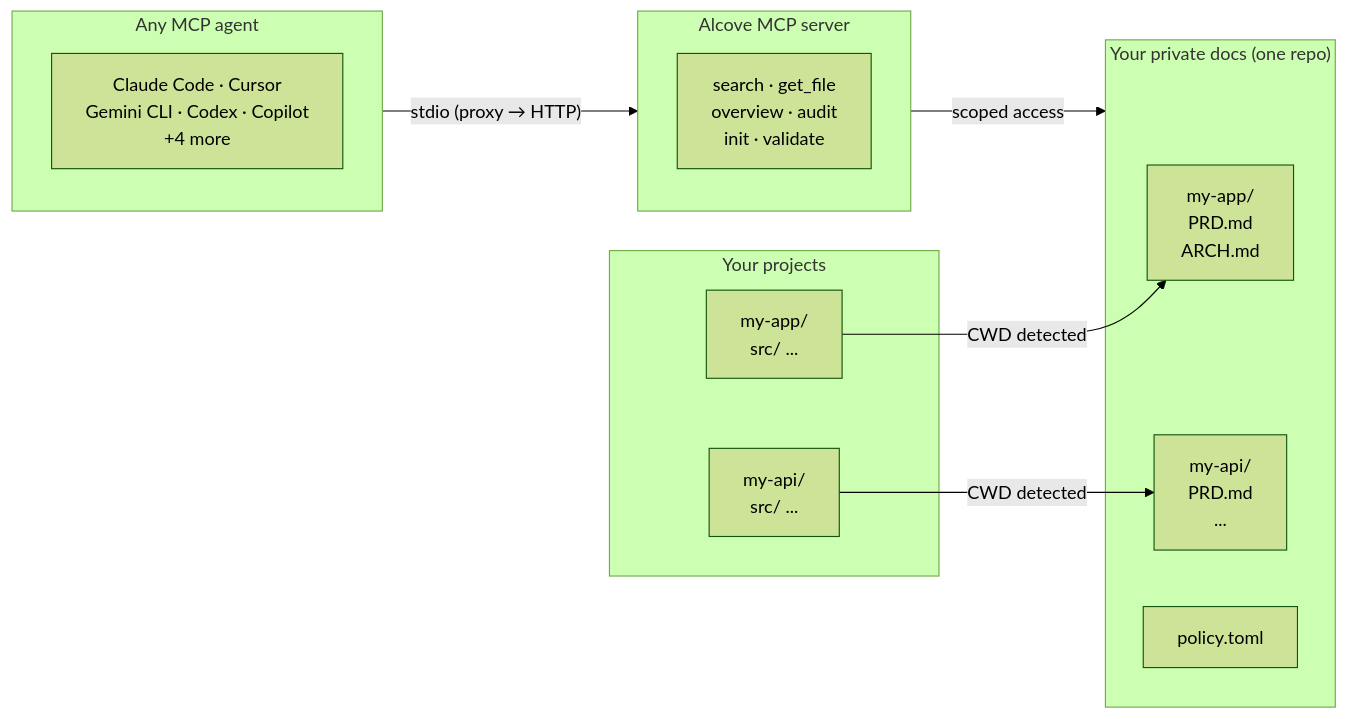
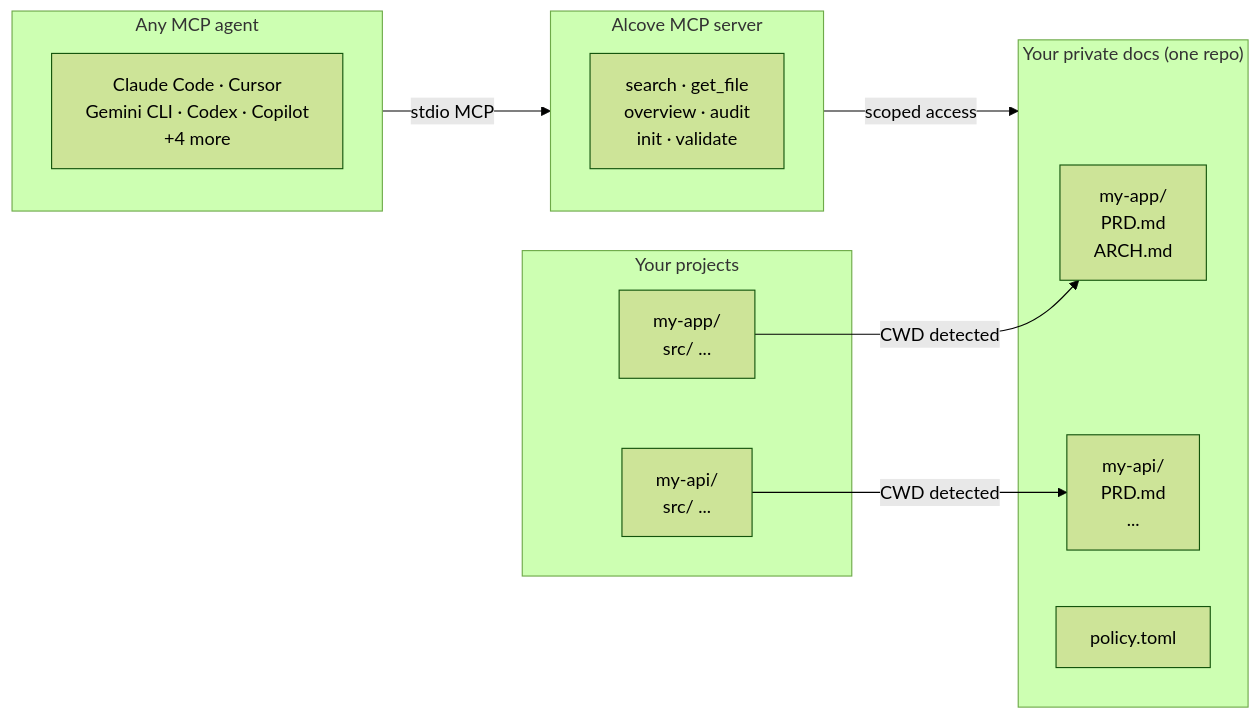
Before and after one commit to epicsagas/alcove: the diagram in README.md, drawn with Mermaid (forest theme). The commit also changed other lines of this file and 9 other files, not shown here.

First line of the commit message:
docs(readme): simplify to local-first, add roadmap for remote access

````diff
--- a/README.md
+++ b/README.md
@@ -263,26 +263,26 @@
 ```mermaid
 flowchart LR
     subgraph Projects["Your projects"]
         A1["my-app/\n  src/ ..."]
         A2["my-api/\n  src/ ..."]
     end
 
     subgraph Docs["Your private docs (one repo)"]
         D1["my-app/\n  PRD.md\n  ARCH.md"]
         D2["my-api/\n  PRD.md\n  ..."]
         P1["policy.toml"]
     end
 
     subgraph Agents["Any MCP agent"]
         AG["Claude Code · Cursor\nGemini CLI · Codex · Copilot\n+4 more"]
     end
 
     subgraph MCP["Alcove MCP server"]
         T["search · get_file\noverview · audit\ninit · validate"]
     end
 
     A1 -- "CWD detected" --> D1
     A2 -- "CWD detected" --> D2
-    Agents -- "stdio (proxy → HTTP)" --> MCP
+    Agents -- "stdio MCP" --> MCP
     MCP -- "scoped access" --> Docs
 ```
````
